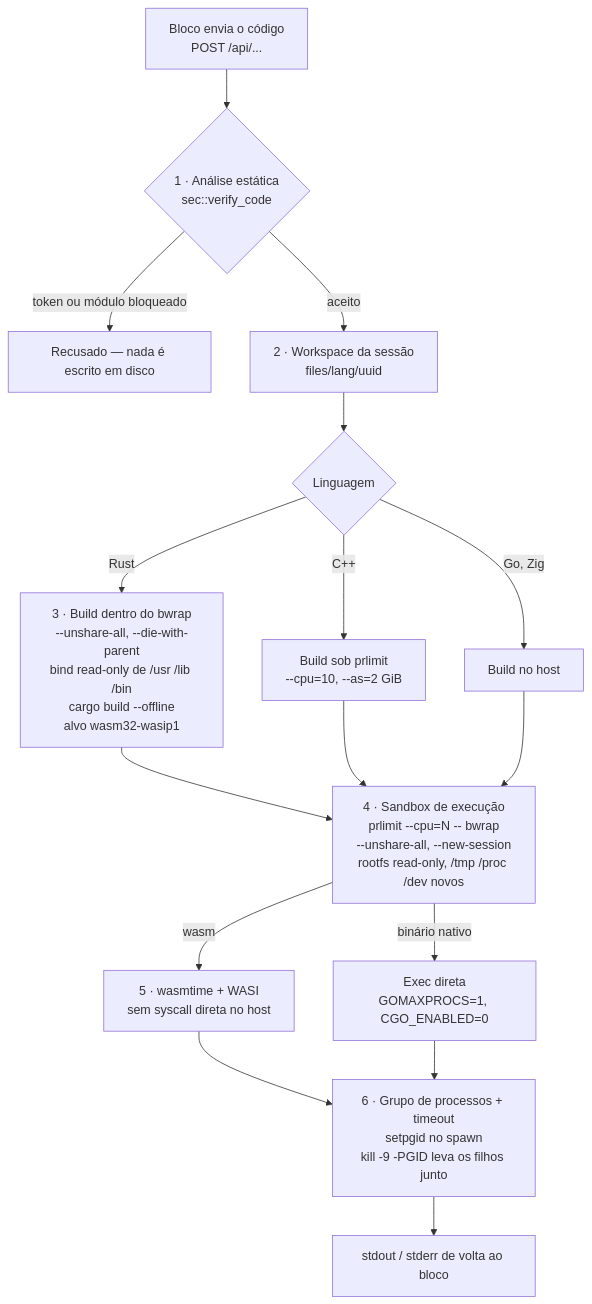
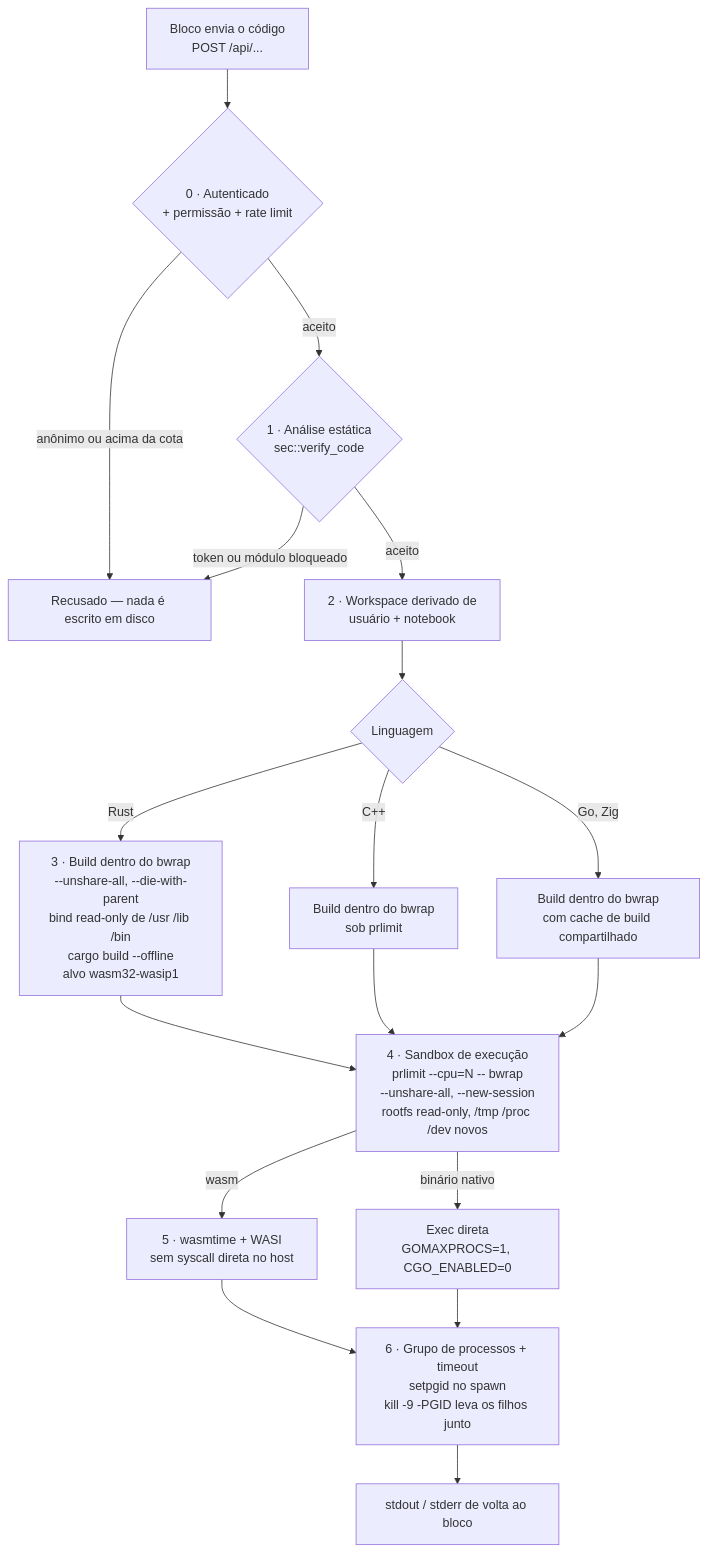
The diagram in README.ptbr.md (HadsonRamalho/zeile-notebook), drawn with Mermaid before and after one commit. The commit also changed other lines of this file and 1 other file, not shown here.

````diff
--- a/README.ptbr.md
+++ b/README.ptbr.md
@@ -35,22 +36,24 @@
 ```mermaid
 flowchart TD
-    A["Bloco envia o código<br/>POST /api/..."] --> B{"1 · Análise estática<br/>sec::verify_code"}
+    A["Bloco envia o código<br/>POST /api/..."] --> A2{"0 · Autenticado<br/>+ permissão + rate limit"}
+    A2 -->|anônimo ou acima da cota| R
+    A2 -->|aceito| B{"1 · Análise estática<br/>sec::verify_code"}
     B -->|token ou módulo bloqueado| R["Recusado — nada é escrito em disco"]
-    B -->|aceito| C["2 · Workspace da sessão<br/>files/lang/uuid"]
+    B -->|aceito| C["2 · Workspace derivado de<br/>usuário + notebook"]
     C --> D{Linguagem}
 
     D -->|Rust| E["3 · Build dentro do bwrap<br/>--unshare-all, --die-with-parent<br/>bind read-only de /usr /lib /bin<br/>cargo build --offline<br/>alvo wasm32-wasip1"]
-    D -->|C++| F["Build sob prlimit<br/>--cpu=10, --as=2 GiB"]
-    D -->|Go, Zig| G["Build no host"]
+    D -->|C++| F["Build dentro do bwrap<br/>sob prlimit"]
+    D -->|Go, Zig| G["Build dentro do bwrap<br/>com cache de build compartilhado"]
 
     E --> H
     F --> H
     G --> H["4 · Sandbox de execução<br/>prlimit --cpu=N -- bwrap<br/>--unshare-all, --new-session<br/>rootfs read-only, /tmp /proc /dev novos"]
 
     H -->|wasm| I["5 · wasmtime + WASI<br/>sem syscall direta no host"]
     H -->|binário nativo| J["Exec direta<br/>GOMAXPROCS=1, CGO_ENABLED=0"]
 
     I --> K
     J --> K["6 · Grupo de processos + timeout<br/>setpgid no spawn<br/>kill -9 -PGID leva os filhos junto"]
     K --> L["stdout / stderr de volta ao bloco"]
 ```
````
